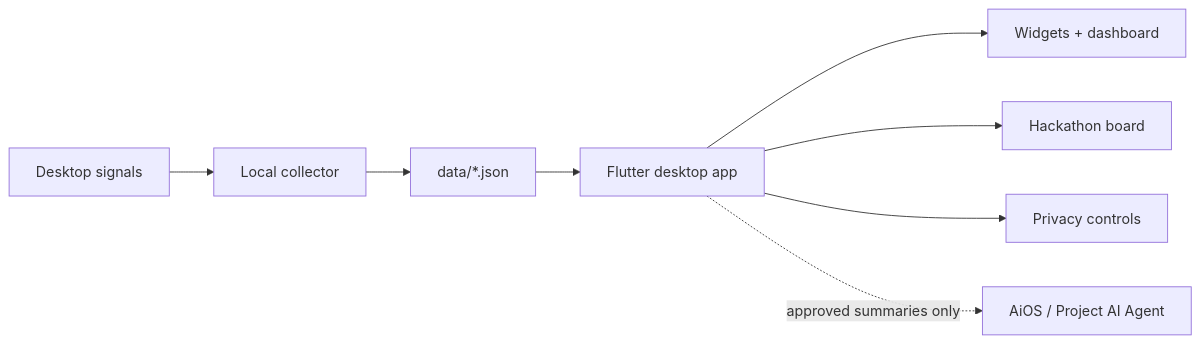
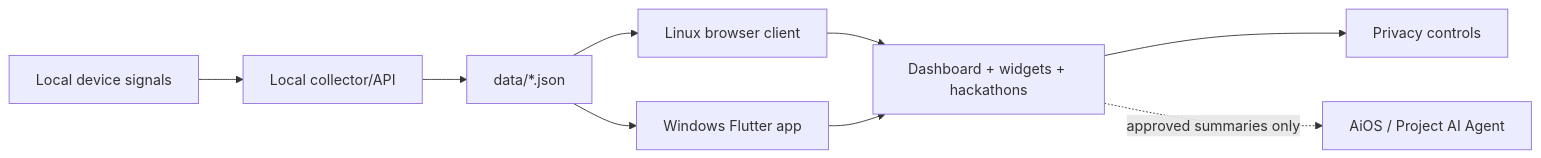
One commit to AnuranjanJain/what-do-you-do changed the diagram in README.md. Above: the diagram before and after it, drawn with Mermaid. The commit also changed other lines of this file and 3 other files, not shown here.

Commit message:
docs: clarify Linux browser and Windows app split

````diff
--- a/README.md
+++ b/README.md
@@ -43,10 +42,11 @@
 ```mermaid
 flowchart LR
-  signals["Desktop signals"] --> collector["Local collector"]
+  signals["Local device signals"] --> collector["Local collector/API"]
   collector --> store["data/*.json"]
-  store --> app["Flutter desktop app"]
-  app --> widgets["Widgets + dashboard"]
-  app --> hacks["Hackathon board"]
-  app --> privacy["Privacy controls"]
-  app -. approved summaries only .-> aios["AiOS / Project AI Agent"]
+  store --> linux["Linux browser client"]
+  store --> windows["Windows Flutter app"]
+  linux --> dashboard["Dashboard + widgets + hackathons"]
+  windows --> dashboard
+  dashboard --> privacy["Privacy controls"]
+  dashboard -. approved summaries only .-> aios["AiOS / Project AI Agent"]
 ```
````
